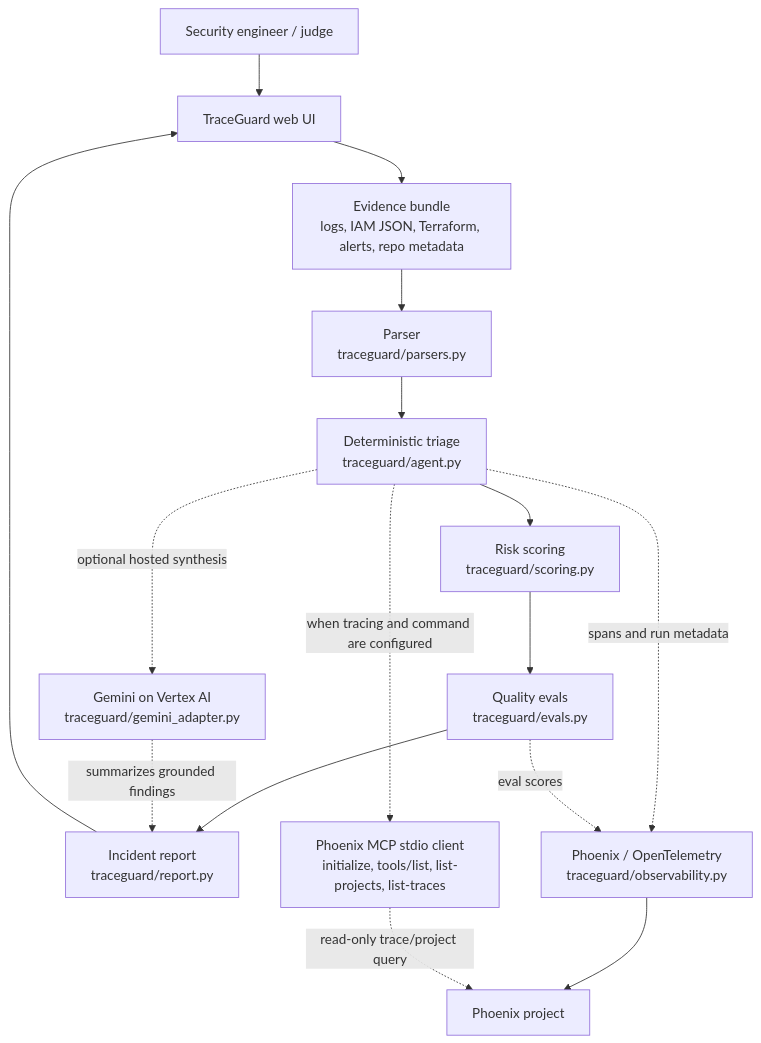
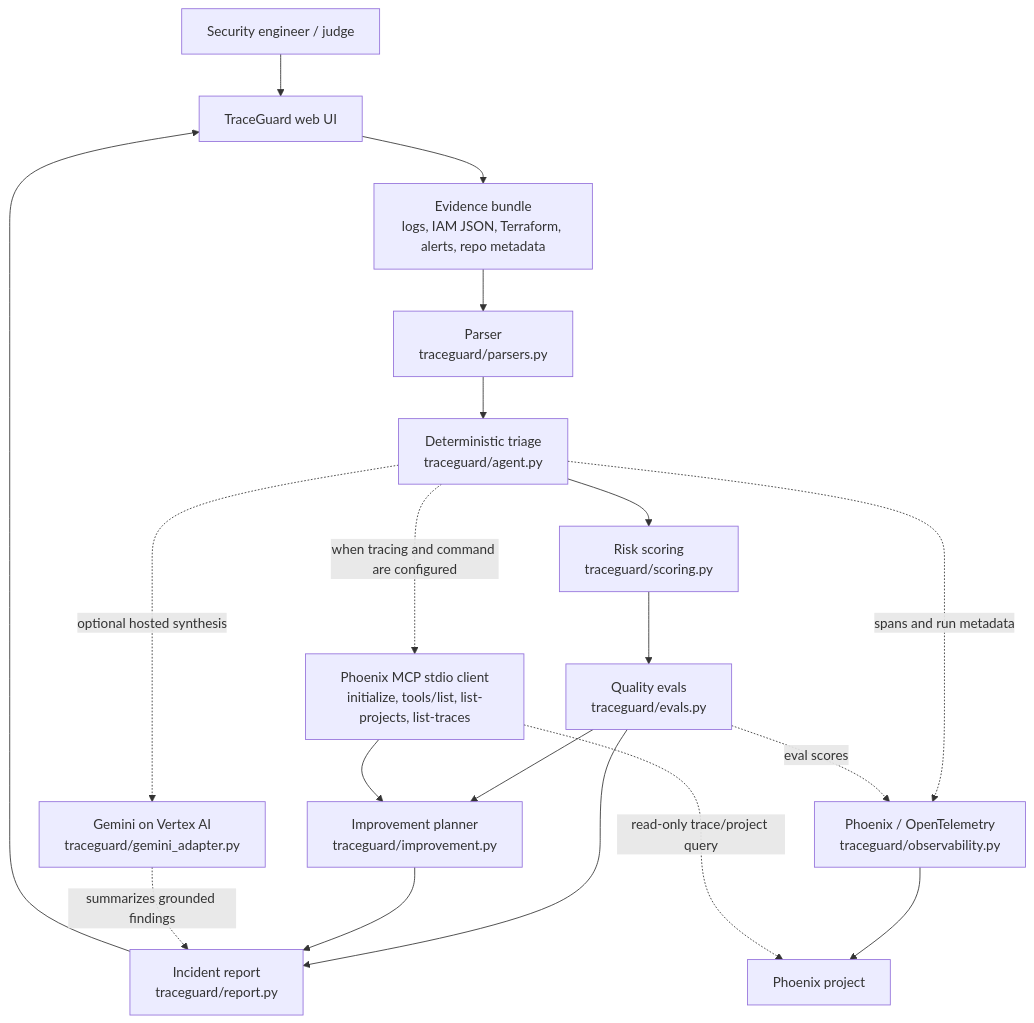
Before and after one commit to Lockelamoree/TraceGuard: the diagram in README.md, drawn with Mermaid. The commit also changed other lines of this file and 25 other files, not shown here.

````diff
--- a/README.md
+++ b/README.md
@@ -75,21 +77,24 @@
 ```mermaid
 flowchart TD
     reviewer["Security engineer / judge"] --> ui["TraceGuard web UI"]
     ui --> evidence["Evidence bundle<br/>logs, IAM JSON, Terraform, alerts, repo metadata"]
     evidence --> parser["Parser<br/>traceguard/parsers.py"]
     parser --> triage["Deterministic triage<br/>traceguard/agent.py"]
     triage --> scoring["Risk scoring<br/>traceguard/scoring.py"]
     scoring --> evals["Quality evals<br/>traceguard/evals.py"]
+    evals --> improve["Improvement planner<br/>traceguard/improvement.py"]
     evals --> report["Incident report<br/>traceguard/report.py"]
+    improve --> report
     report --> ui
 
     triage -. "optional hosted synthesis" .-> gemini["Gemini on Vertex AI<br/>traceguard/gemini_adapter.py"]
     gemini -. "summarizes grounded findings" .-> report
 
     triage -. "spans and run metadata" .-> phoenixOtel["Phoenix / OpenTelemetry<br/>traceguard/observability.py"]
     evals -. "eval scores" .-> phoenixOtel
     phoenixOtel --> phoenix["Phoenix project"]
 
     triage -. "when tracing and command are configured" .-> mcp["Phoenix MCP stdio client<br/>initialize, tools/list, list-projects, list-traces"]
     mcp -. "read-only trace/project query" .-> phoenix
+    mcp --> improve
 ```
````
